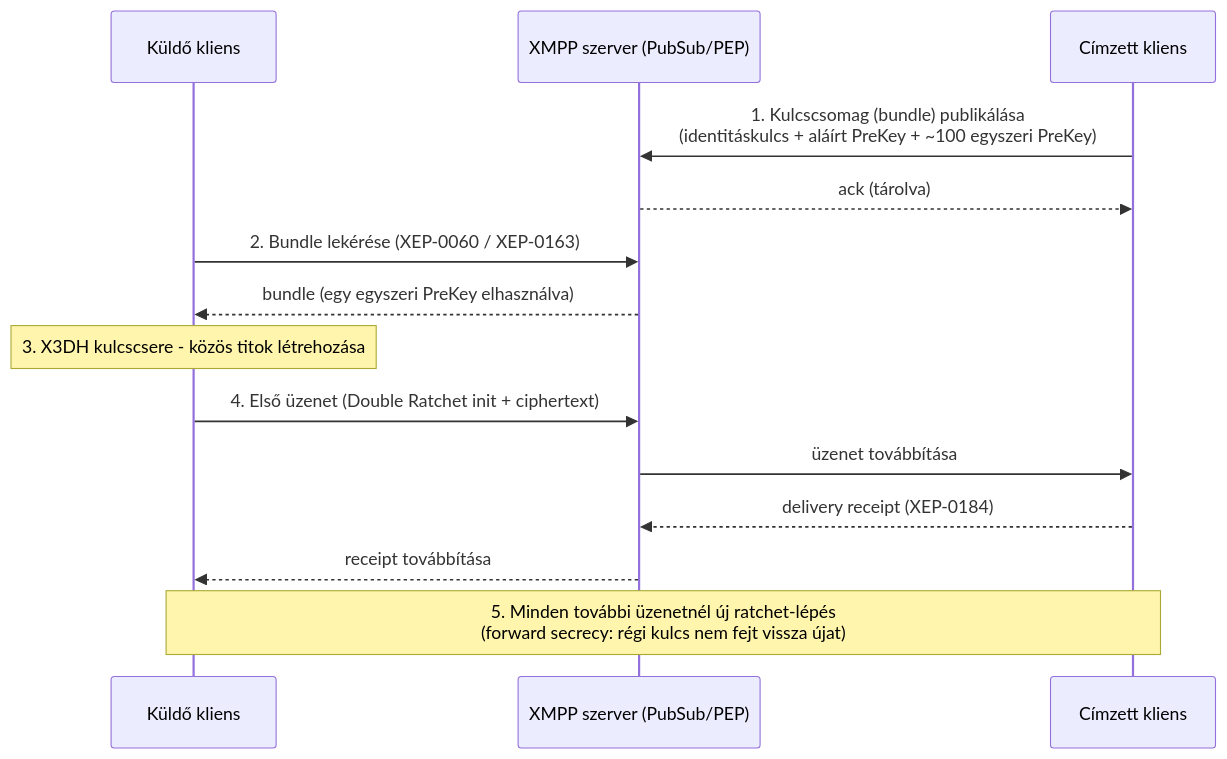
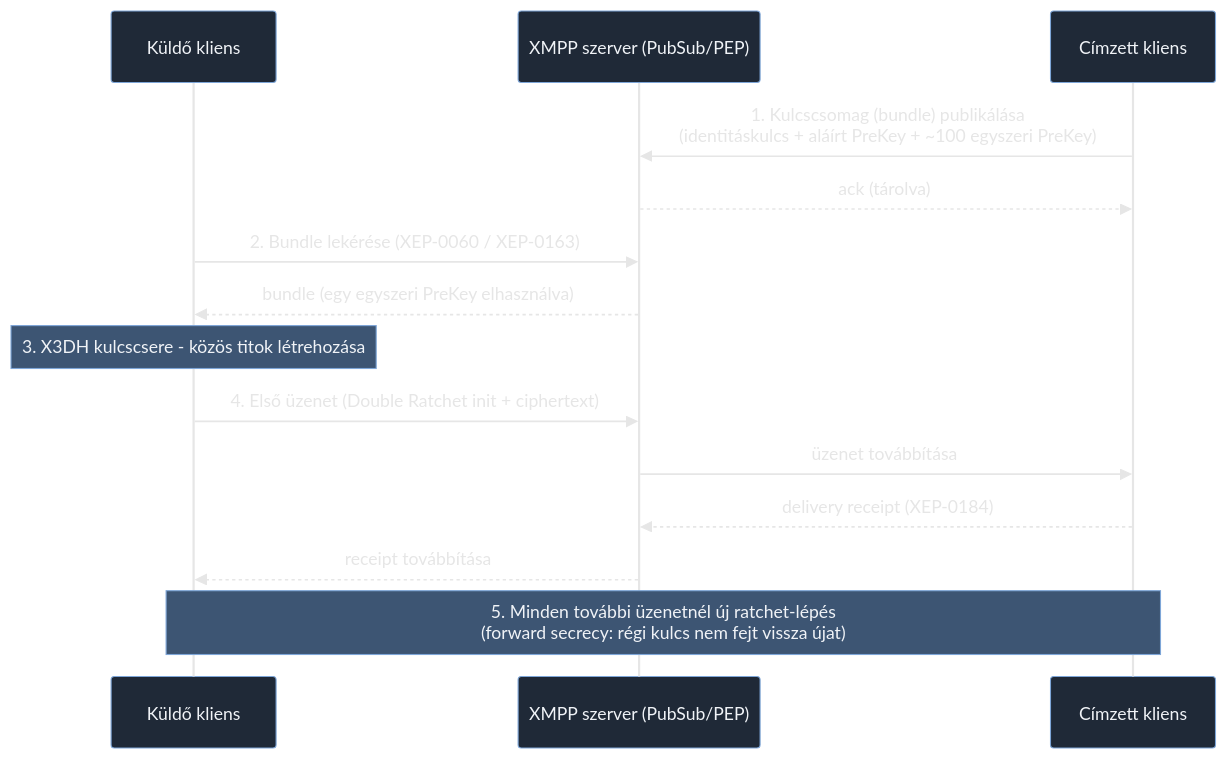
One commit to NDominikViktor/szak_gyak changed the first of 3 diagrams in docs/research/chat-alternatives.md. Above: the diagram before and after it, drawn with Mermaid. The commit also changed other lines of this file, not shown here.

First line of the commit message:
fix: add explicit Mermaid contrast colors, error-path flowchart

````diff
--- a/docs/research/chat-alternatives.md
+++ b/docs/research/chat-alternatives.md
@@ -54,18 +54,34 @@
 ```mermaid
-%%{init: {"theme": "default"}}%%
+%%{init: {"theme": "base", "themeVariables": {
+  "signalColor": "#e6e6e6",
+  "signalTextColor": "#e6e6e6",
+  "actorLineColor": "#e6e6e6",
+  "actorBorder": "#7ea6d8",
+  "actorBkg": "#1f2937",
+  "actorTextColor": "#f0f3f7",
+  "labelBoxBorderColor": "#7ea6d8",
+  "labelBoxBkgColor": "#1f2937",
+  "labelTextColor": "#f0f3f7",
+  "loopTextColor": "#f0f3f7",
+  "noteBkgColor": "#3d5573",
+  "noteTextColor": "#f0f3f7",
+  "noteBorderColor": "#7ea6d8",
+  "activationBorderColor": "#e0994f",
+  "activationBkgColor": "#3d5573"
+}}}%%
 sequenceDiagram
     participant K as Küldő kliens
     participant Sz as XMPP szerver (PubSub/PEP)
     participant C as Címzett kliens
 
     C->>Sz: 1. Kulcscsomag (bundle) publikálása<br/>(identitáskulcs + aláírt PreKey + ~100 egyszeri PreKey)
     Sz-->>C: ack (tárolva)
     K->>Sz: 2. Bundle lekérése (XEP-0060 / XEP-0163)
     Sz-->>K: bundle (egy egyszeri PreKey elhasználva)
     Note over K: 3. X3DH kulcscsere - közös titok létrehozása
     K->>Sz: 4. Első üzenet (Double Ratchet init + ciphertext)
     Sz->>C: üzenet továbbítása
     C-->>Sz: delivery receipt (XEP-0184)
     Sz-->>K: receipt továbbítása
     Note over K,C: 5. Minden további üzenetnél új ratchet-lépés<br/>(forward secrecy: régi kulcs nem fejt vissza újat)
 ```
````
